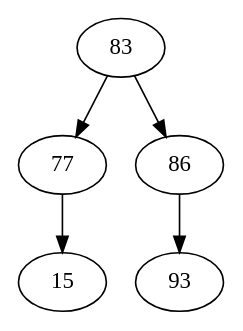
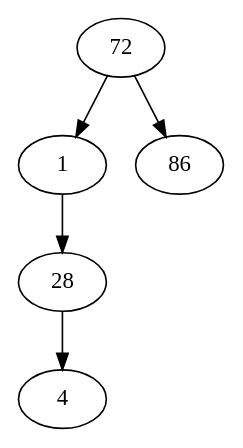
The diagram in Code/ArvoreBinaria/arvore.dot (giiff/livro_algoritmos_e_estruturas_de_dados), drawn with Graphviz before and after one commit. The commit also changed 2 other files, not shown here.

```diff
--- a/Code/ArvoreBinaria/arvore.dot
+++ b/Code/ArvoreBinaria/arvore.dot
@@ -1,6 +1,6 @@
 digraph G {
-83->77;
-83->86;
-77->15;
-86->93;
+72->1;
+72->86;
+1->28;
+28->4;
 }
```
